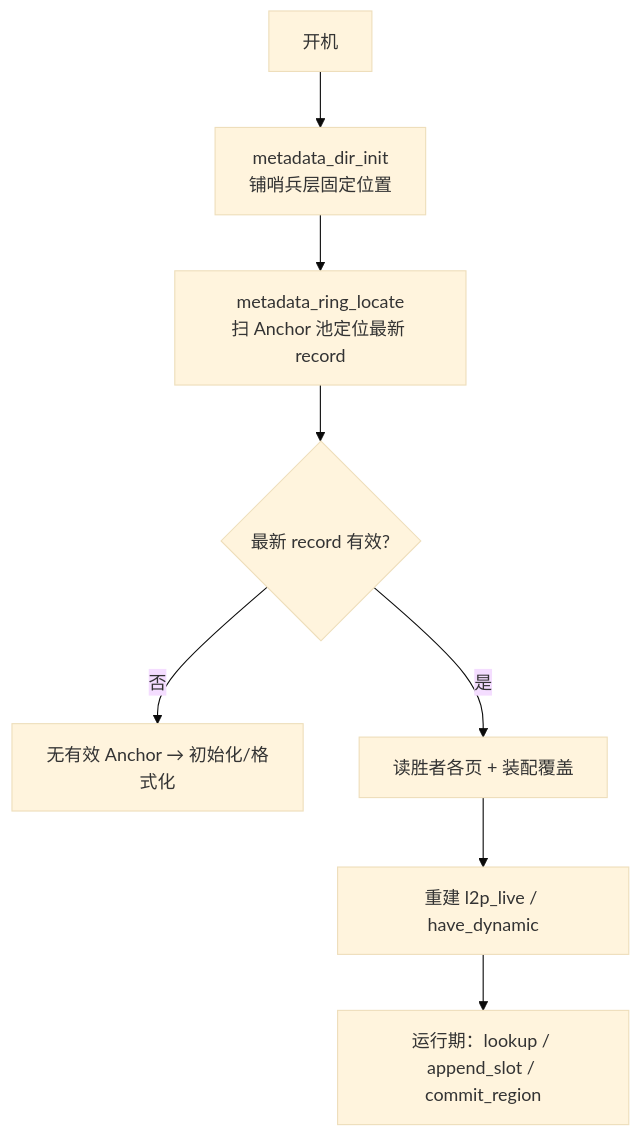
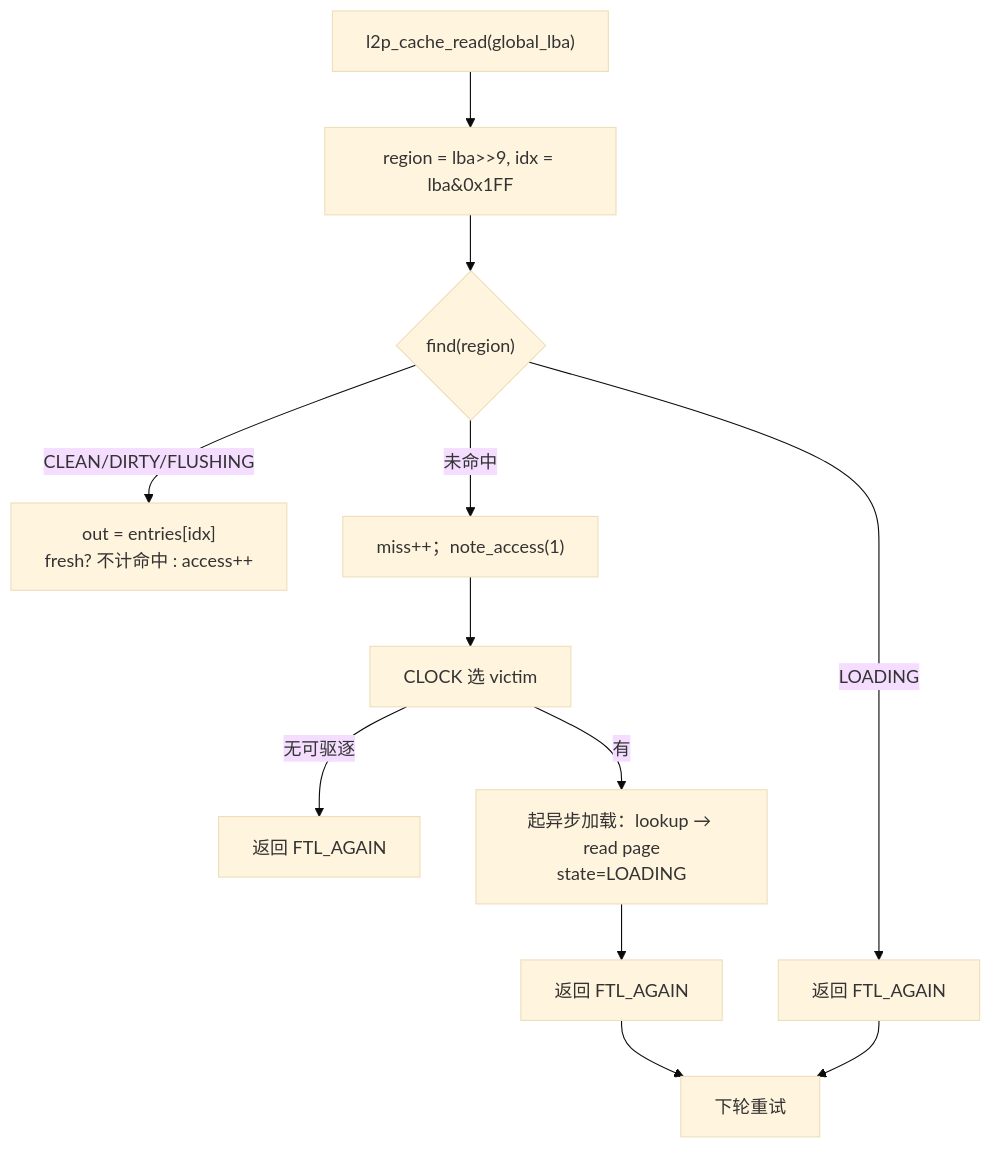
Before and after one commit to YzYMIAO/BASESSD: the tenth of 28 diagrams in docs/design/ftl_design.md, drawn with Mermaid (base theme). The commit also changed other lines of this file and 4 other files, not shown here.

````diff
--- a/docs/design/ftl_design.md
+++ b/docs/design/ftl_design.md
@@ -2041,10 +1460,14 @@
 ```mermaid
 flowchart TD
-    A["开机"] --> B["metadata_dir_init\n铺哨兵层固定位置"]
-    B --> C["metadata_ring_locate\n扫 Anchor 池定位最新 record"]
-    C --> D{"最新 record 有效?"}
-    D -- 否 --> E["无有效 Anchor → 初始化/格式化"]
-    D -- 是 --> F["读胜者各页 + 装配覆盖"]
-    F --> G["重建 l2p_live / have_dynamic"]
-    G --> H["运行期：lookup / append_slot / commit_region"]
+    A["l2p_cache_read(global_lba)"] --> B["region = lba>>9, idx = lba&0x1FF"]
+    B --> C{"find(region)"}
+    C -- "LOADING" --> D["返回 FTL_AGAIN"]
+    C -- "CLEAN/DIRTY/FLUSHING" --> E["out = entries[idx]<br/>fresh? 不计命中 : access++"]
+    C -- "未命中" --> F["miss++；note_access(1)"]
+    F --> G["CLOCK 选 victim"]
+    G -- "无可驱逐" --> H["返回 FTL_AGAIN"]
+    G -- "有" --> I["起异步加载：lookup → read page<br/>state=LOADING"]
+    I --> J["返回 FTL_AGAIN"]
+    J --> K["下轮重试"]
+    D --> K
 ```
````
